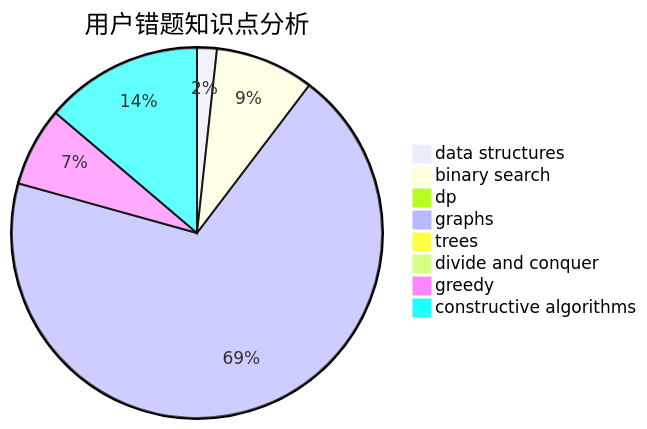
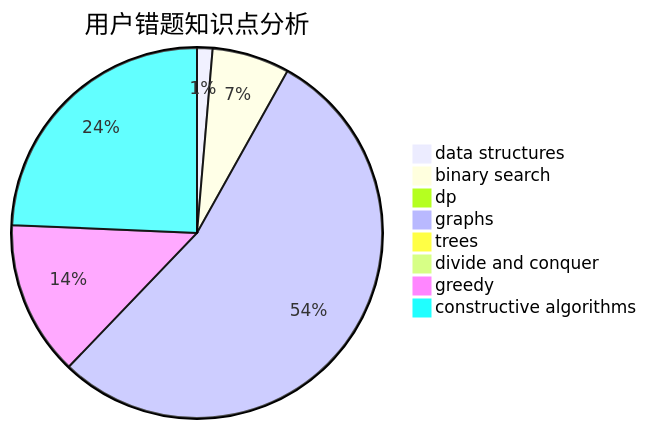
The third of 3 diagrams in docs/user/u105.md (sherpahu/cfrs.github.io), drawn with Mermaid before and after one commit. The commit also changed other lines of this file and 2770 other files, not shown here.

````diff
--- a/docs/user/u105.md
+++ b/docs/user/u105.md
@@ -36,11 +36,11 @@
 ```mermaid
 pie title 用户错题知识点分析
     "data structures" :  1
     "binary search" :  5
     "dp" :  0
     "graphs" :  40
     "trees" :  0
     "divide and conquer" :  0
-    "greedy" :  4
-    "constructive algorithms" :  8
+    "greedy" :  10
+    "constructive algorithms" :  18
 ```
````
